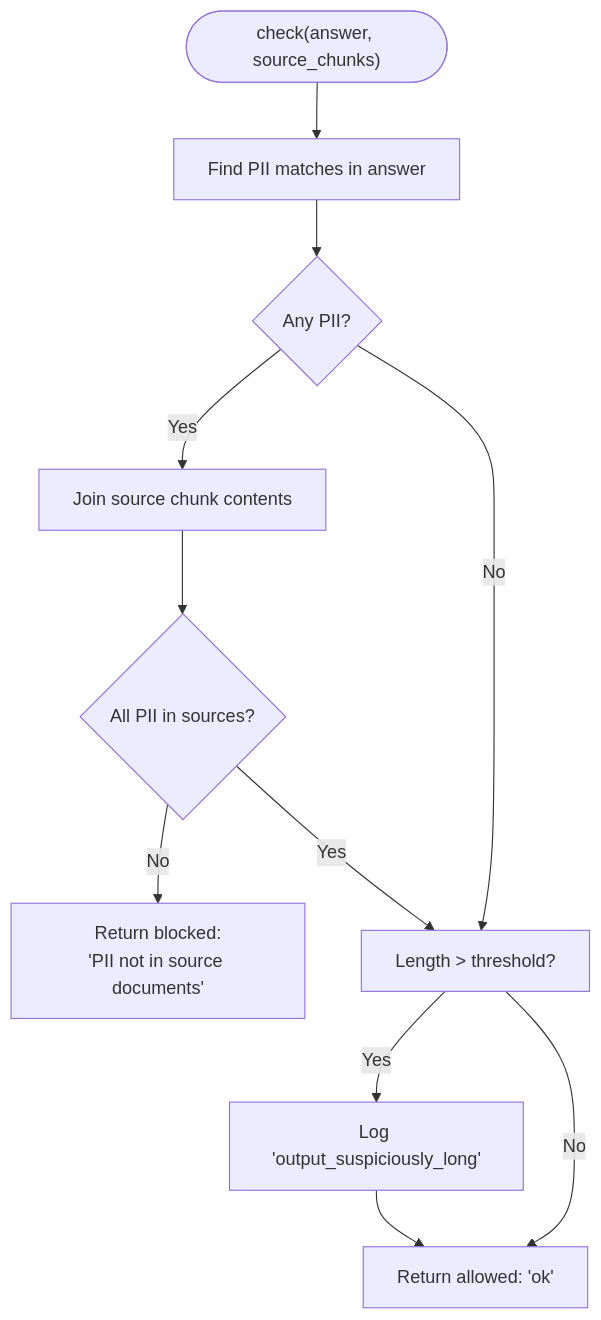
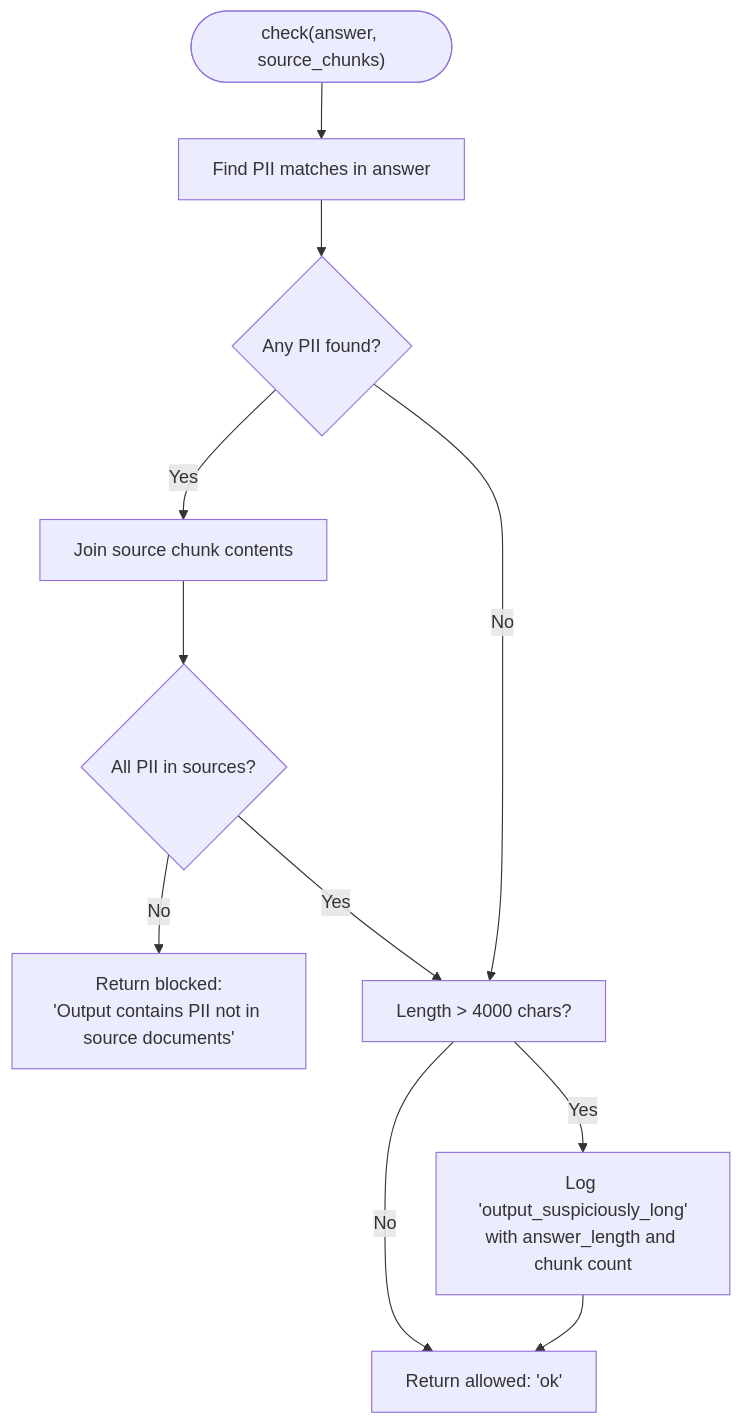
Before and after one commit to genes8/private-ai: the fifth of 9 diagrams in .qoder/repowiki/en/content/Security and Compliance/Security and Compliance.md, drawn with Mermaid. The commit also changed other lines of this file and 55 other files, not shown here.

````diff
--- a/.qoder/repowiki/en/content/Security and Compliance/Security and Compliance.md
+++ b/.qoder/repowiki/en/content/Security and Compliance/Security and Compliance.md
@@ -202,12 +239,13 @@
 ```mermaid
 flowchart TD
 StartOF(["check(answer, source_chunks)"]) --> FindPII["Find PII matches in answer"]
-FindPII --> HasPII{"Any PII?"}
+FindPII --> HasPII{"Any PII found?"}
 HasPII --> |Yes| JoinSrc["Join source chunk contents"]
 JoinSrc --> CheckSrc{"All PII in sources?"}
-CheckSrc --> |No| BlockPII["Return blocked:<br/>'PII not in source documents'"]
-CheckSrc --> |Yes| LongCheck["Length > threshold?"]
+CheckSrc --> |No| BlockPII["Return blocked:<br/>'Output contains PII not in source documents'"]
+CheckSrc --> |Yes| LongCheck["Length > 4000 chars?"]
 HasPII --> |No| LongCheck
-LongCheck --> |Yes| WarnLong["Log 'output_suspiciously_long'"] --> AllowOF["Return allowed: 'ok'"]
-LongCheck --> |No| AllowOF
+LongCheck --> |Yes| WarnLong["Log 'output_suspiciously_long'<br/>with answer_length and chunk count"]
+LongCheck --> |No| AllowOF["Return allowed: 'ok'"]
+WarnLong --> AllowOF
 ```
````
